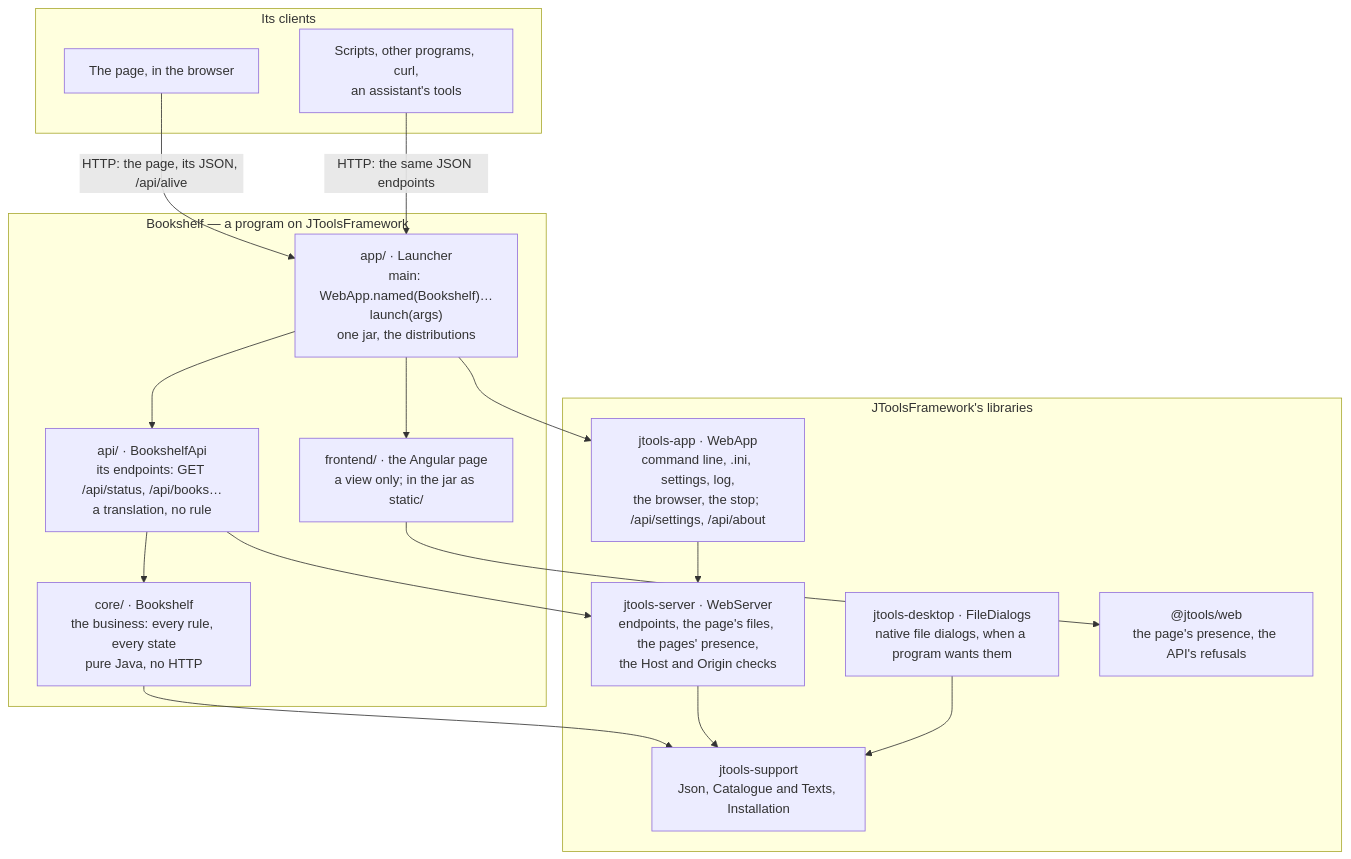
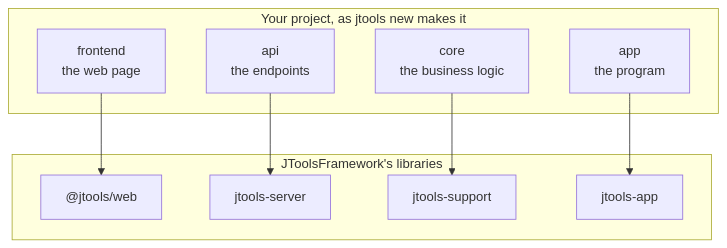
One commit to j4ckk0/JToolsFramework changed the second of 2 diagrams in README.md. Above: the diagram before and after it, drawn with Mermaid. The commit also changed other lines of this file, not shown here.

Commit message:
The main page's architecture as two small diagrams: how the application runs, what a project is built from

````diff
--- a/README.md
+++ b/README.md
@@ -136,36 +149,19 @@
 ```mermaid
 flowchart TB
-    subgraph clients["Its clients"]
-        browser["The page, in the browser"]
-        other["Scripts, other programs, curl,<br/>an assistant's tools"]
+    subgraph project["Your project, as jtools new makes it"]
+        frontend["frontend<br/>the web page"]
+        api["api<br/>the endpoints"]
+        core["core<br/>the business logic"]
+        app["app<br/>the program"]
     end
-
-    subgraph program["Bookshelf — a program on JToolsFramework"]
-        app["app/ · Launcher<br/>main: WebApp.named(Bookshelf)…launch(args)<br/>one jar, the distributions"]
-        api["api/ · BookshelfApi<br/>its endpoints: GET /api/status, /api/books…<br/>a translation, no rule"]
-        core["core/ · Bookshelf<br/>the business: every rule, every state<br/>pure Java, no HTTP"]
-        frontend["frontend/ · the Angular page<br/>a view only; in the jar as static/"]
+    subgraph libraries["JToolsFramework's libraries"]
+        web["@jtools/web"]
+        server["jtools-server"]
+        support["jtools-support"]
+        japp["jtools-app"]
     end
-
-    subgraph libraries["JToolsFramework's libraries"]
-        japp["jtools-app · WebApp<br/>command line, .ini, settings, log,<br/>the browser, the stop; /api/settings, /api/about"]
-        jserver["jtools-server · WebServer<br/>endpoints, the page's files, the pages' presence,<br/>the Host and Origin checks"]
-        jsupport["jtools-support<br/>Json, Catalogue and Texts, Installation"]
-        jdesktop["jtools-desktop · FileDialogs<br/>native file dialogs, when a program wants them"]
-        jweb["@jtools/web<br/>the page's presence, the API's refusals"]
-    end
-
-    browser -- "HTTP: the page, its JSON, /api/alive" --> app
-    other -- "HTTP: the same JSON endpoints" --> app
-
-    app --> api
-    app --> frontend
+    frontend --> web
+    api --> server
+    core --> support
     app --> japp
-    api --> core
-    api --> jserver
-    core --> jsupport
-    frontend --> jweb
-    japp --> jserver
-    jserver --> jsupport
-    jdesktop --> jsupport
 ```
````
